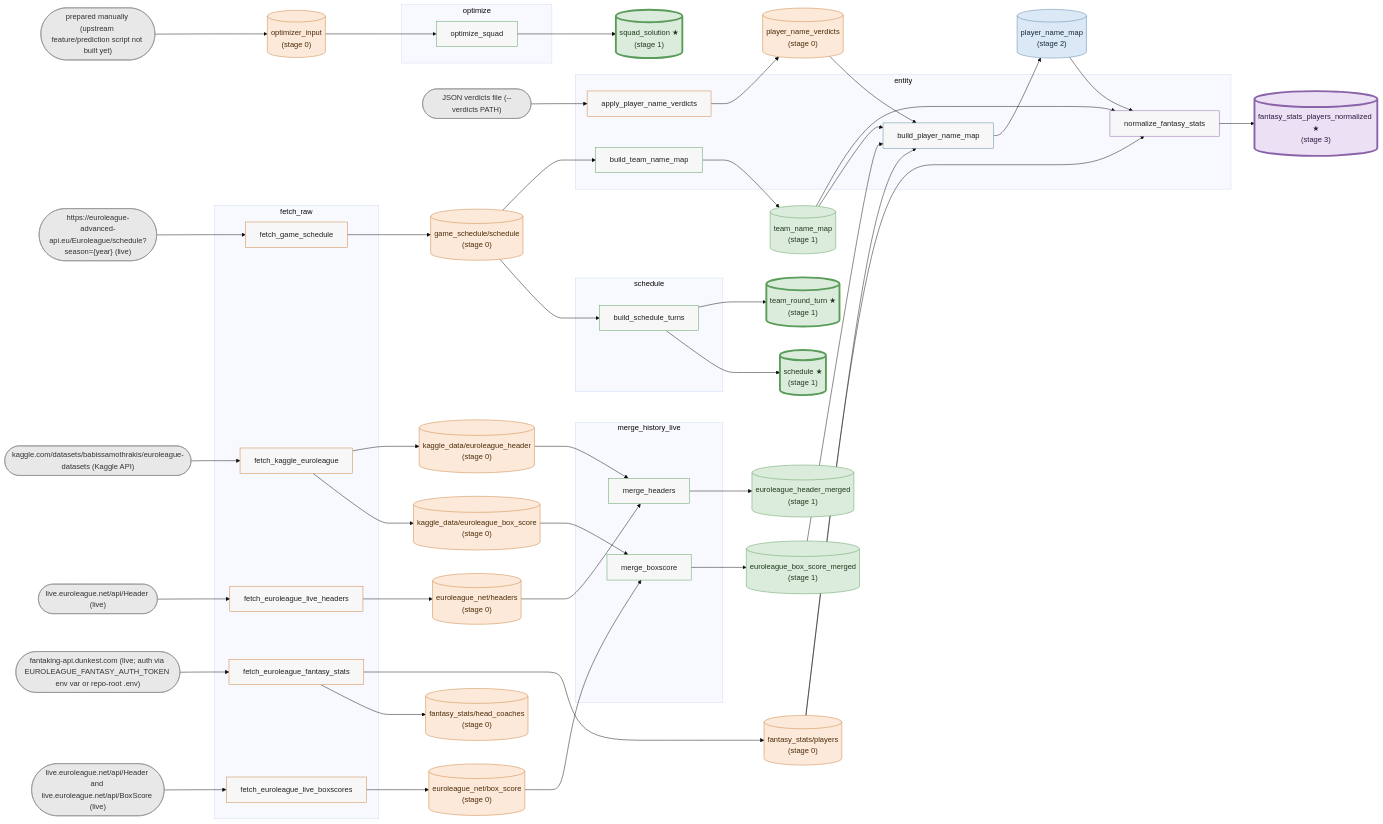
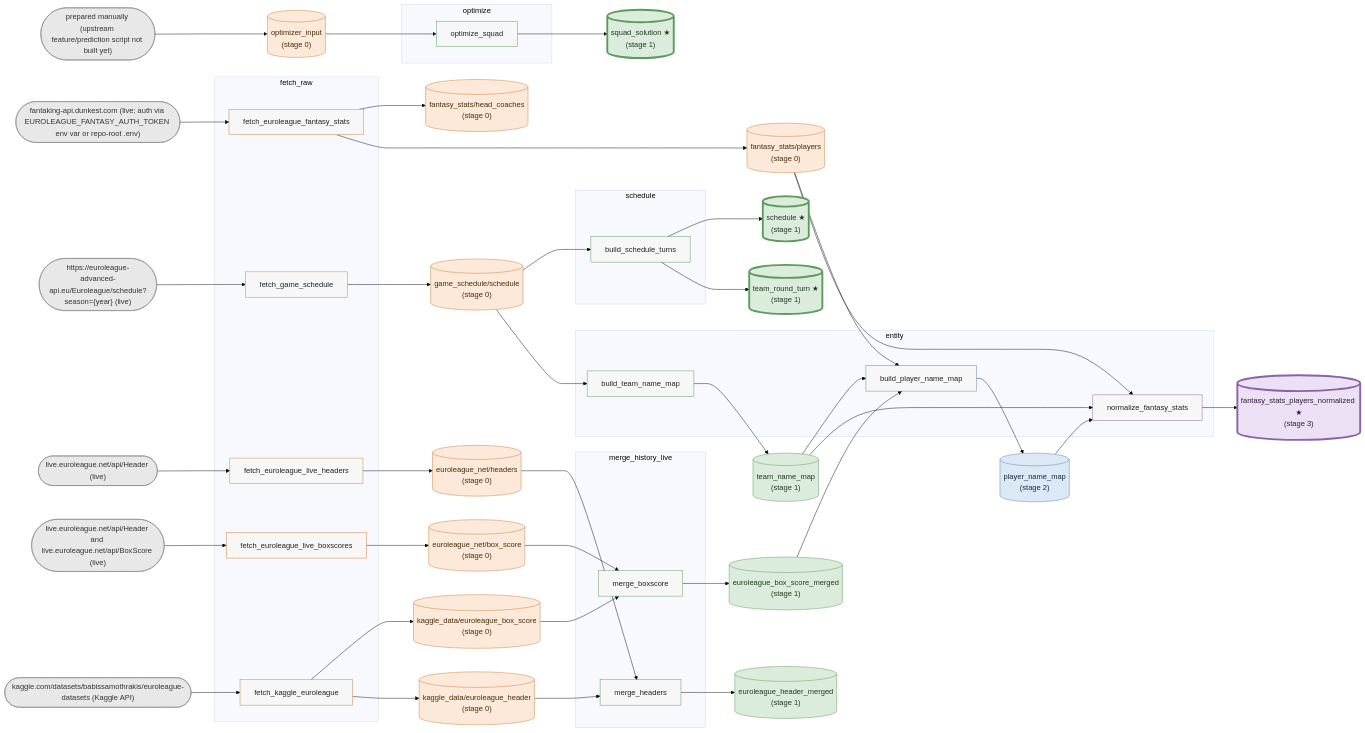
The diagram in docs/data-graph.md (Takfes/indie-euroleague), drawn with Mermaid (base theme) before and after one commit. The commit also changed 19 other files, not shown here.

First line of the commit message:
refactor(entity): carry agent decisions in the player JSON map, drop the verdict batch store

````diff
--- a/docs/data-graph.md
+++ b/docs/data-graph.md
@@ -7,7 +7,6 @@
 ```mermaid
 flowchart LR
     %% external sources
-    x_JSON_verdicts_file____verdicts_PATH_(["JSON verdicts file (--verdicts PATH)"])
     x_fantaking_api_dunkest_com__live__auth_via_EUROLEAGUE_FANTASY_AUTH_TOKEN_env_var_or_repo_root__env_(["fantaking-api.dunkest.com (live; auth via EUROLEAGUE_FANTASY_AUTH_TOKEN env var or repo-root .env)"])
     x_https___euroleague_advanced_api_eu_Euroleague_schedule_season__year___live_(["https://euroleague-advanced-api.eu/Euroleague/schedule?season={year} (live)"])
     x_kaggle_com_datasets_babissamothrakis_euroleague_datasets__Kaggle_API_(["kaggle.com/datasets/babissamothrakis/euroleague-datasets (Kaggle API)"])
@@ -17,7 +16,6 @@
 
     %% scripts
     subgraph p_entity["entity"]
-        s_apply_player_name_verdicts["apply_player_name_verdicts"]
         s_build_player_name_map["build_player_name_map"]
         s_build_team_name_map["build_team_name_map"]
         s_normalize_fantasy_stats["normalize_fantasy_stats"]
@@ -49,7 +47,6 @@
     d_kaggle_data_euroleague_box_score[("kaggle_data/euroleague_box_score<br/>(stage 0)")]
     d_kaggle_data_euroleague_header[("kaggle_data/euroleague_header<br/>(stage 0)")]
     d_optimizer_input[("optimizer_input<br/>(stage 0)")]
-    d_player_name_verdicts[("player_name_verdicts<br/>(stage 0)")]
     d_euroleague_box_score_merged[("euroleague_box_score_merged<br/>(stage 1)")]
     d_euroleague_header_merged[("euroleague_header_merged<br/>(stage 1)")]
     d_schedule[("schedule ★<br/>(stage 1)")]
@@ -71,10 +68,8 @@
     d_kaggle_data_euroleague_header --> s_merge_headers
     d_optimizer_input --> s_optimize_squad
     d_player_name_map --> s_normalize_fantasy_stats
-    d_player_name_verdicts --> s_build_player_name_map
     d_team_name_map --> s_build_player_name_map
     d_team_name_map --> s_normalize_fantasy_stats
-    s_apply_player_name_verdicts --> d_player_name_verdicts
     s_build_player_name_map --> d_player_name_map
     s_build_schedule_turns --> d_schedule
     s_build_schedule_turns --> d_team_round_turn
@@ -90,7 +85,6 @@
     s_merge_headers --> d_euroleague_header_merged
     s_normalize_fantasy_stats --> d_fantasy_stats_players_normalized
     s_optimize_squad --> d_squad_solution
-    x_JSON_verdicts_file____verdicts_PATH_ --> s_apply_player_name_verdicts
     x_fantaking_api_dunkest_com__live__auth_via_EUROLEAGUE_FANTASY_AUTH_TOKEN_env_var_or_repo_root__env_ --> s_fetch_euroleague_fantasy_stats
     x_https___euroleague_advanced_api_eu_Euroleague_schedule_season__year___live_ --> s_fetch_game_schedule
     x_kaggle_com_datasets_babissamothrakis_euroleague_datasets__Kaggle_API_ --> s_fetch_kaggle_euroleague
@@ -109,12 +103,12 @@
     classDef stage1_final fill:#dcecdc,stroke:#5a9c5a,color:#1e3a1e,stroke-width:4px
     classDef stage2 fill:#dbe9f6,stroke:#5b84a3,color:#1a2b3c
     classDef stage3_final fill:#ece0f5,stroke:#8a62a8,color:#2f1a40,stroke-width:4px
-    class s_apply_player_name_verdicts,s_fetch_euroleague_fantasy_stats,s_fetch_euroleague_live_boxscores,s_fetch_euroleague_live_headers,s_fetch_game_schedule,s_fetch_kaggle_euroleague script_stage0
+    class s_fetch_euroleague_fantasy_stats,s_fetch_euroleague_live_boxscores,s_fetch_euroleague_live_headers,s_fetch_game_schedule,s_fetch_kaggle_euroleague script_stage0
     class s_build_schedule_turns,s_build_team_name_map,s_merge_boxscore,s_merge_headers,s_optimize_squad script_stage1
     class s_build_player_name_map script_stage2
     class s_normalize_fantasy_stats script_stage3
-    class x_JSON_verdicts_file____verdicts_PATH_,x_fantaking_api_dunkest_com__live__auth_via_EUROLEAGUE_FANTASY_AUTH_TOKEN_env_var_or_repo_root__env_,x_https___euroleague_advanced_api_eu_Euroleague_schedule_season__year___live_,x_kaggle_com_datasets_babissamothrakis_euroleague_datasets__Kaggle_API_,x_live_euroleague_net_api_Header__live_,x_live_euroleague_net_api_Header_and_live_euroleague_net_api_BoxScore__live_,x_prepared_manually__upstream_feature_prediction_script_not_built_yet_ source
-    class d_euroleague_net_box_score,d_euroleague_net_headers,d_fantasy_stats_head_coaches,d_fantasy_stats_players,d_game_schedule_schedule,d_kaggle_data_euroleague_box_score,d_kaggle_data_euroleague_header,d_optimizer_input,d_player_name_verdicts stage0
+    class x_fantaking_api_dunkest_com__live__auth_via_EUROLEAGUE_FANTASY_AUTH_TOKEN_env_var_or_repo_root__env_,x_https___euroleague_advanced_api_eu_Euroleague_schedule_season__year___live_,x_kaggle_com_datasets_babissamothrakis_euroleague_datasets__Kaggle_API_,x_live_euroleague_net_api_Header__live_,x_live_euroleague_net_api_Header_and_live_euroleague_net_api_BoxScore__live_,x_prepared_manually__upstream_feature_prediction_script_not_built_yet_ source
+    class d_euroleague_net_box_score,d_euroleague_net_headers,d_fantasy_stats_head_coaches,d_fantasy_stats_players,d_game_schedule_schedule,d_kaggle_data_euroleague_box_score,d_kaggle_data_euroleague_header,d_optimizer_input stage0
     class d_euroleague_box_score_merged,d_euroleague_header_merged,d_team_name_map stage1
     class d_schedule,d_squad_solution,d_team_round_turn stage1_final
     class d_player_name_map stage2
````
